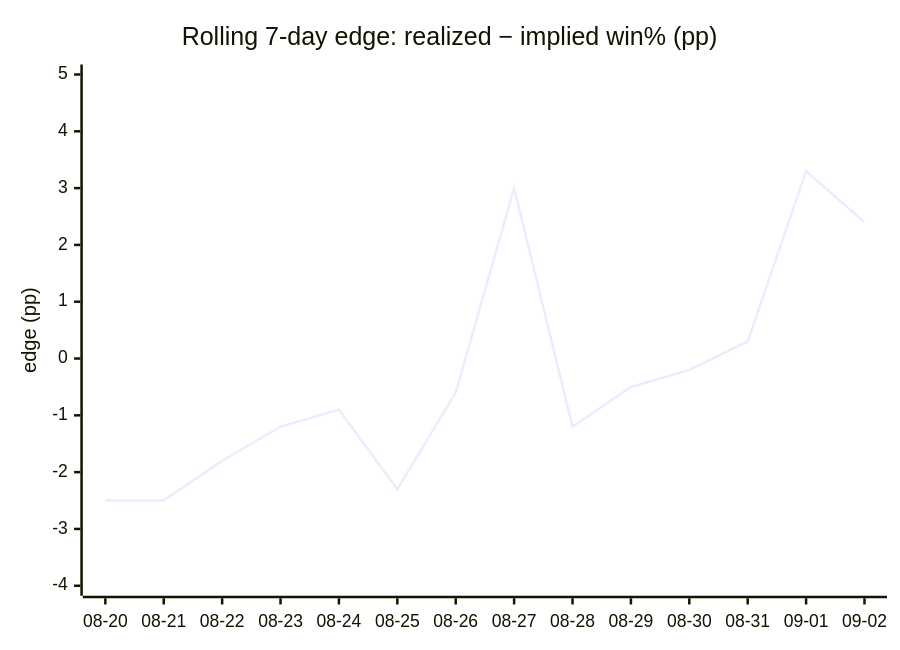
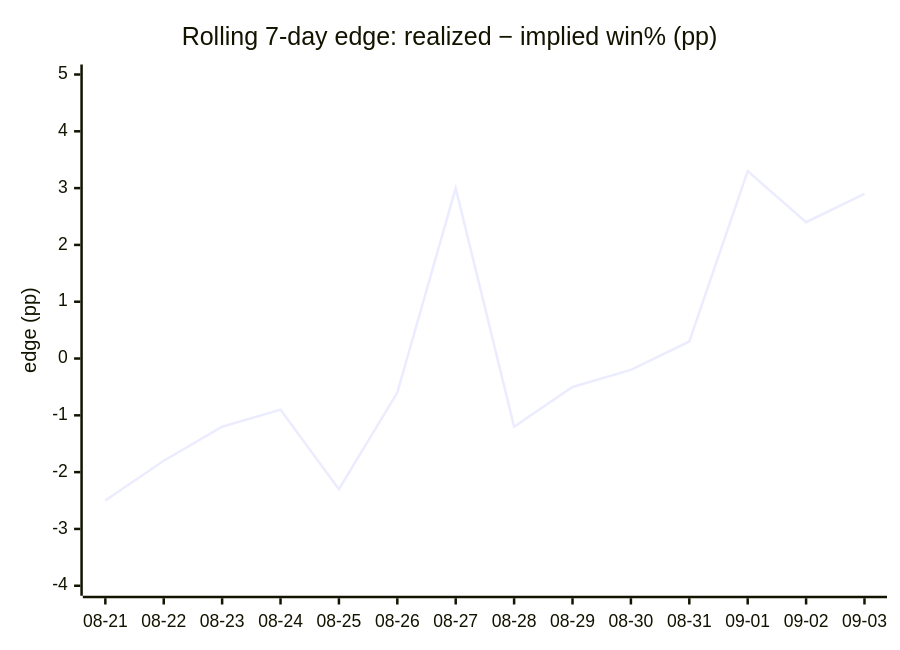
One commit to dpk1212/nhl-savant changed the fourth of 4 diagrams in DAILY_AGSU_REPORT.md. Above: the diagram before and after it, drawn with Mermaid. The commit also changed other lines of this file, not shown here.

````diff
--- a/DAILY_AGSU_REPORT.md
+++ b/DAILY_AGSU_REPORT.md
@@ -859,7 +861,7 @@
 ```mermaid
 xychart-beta
     title "Rolling 7-day edge: realized − implied win% (pp)"
-    x-axis ["08-20", "08-21", "08-22", "08-23", "08-24", "08-25", "08-26", "08-27", "08-28", "08-29", "08-30", "08-31", "09-01", "09-02"]
+    x-axis ["08-21", "08-22", "08-23", "08-24", "08-25", "08-26", "08-27", "08-28", "08-29", "08-30", "08-31", "09-01", "09-02", "09-03"]
     y-axis "edge (pp)" -4 --> 5
-    line [-2.5, -2.5, -1.8, -1.2, -0.9, -2.3, -0.6, 3, -1.2, -0.5, -0.2, 0.3, 3.3, 2.4]
+    line [-2.5, -1.8, -1.2, -0.9, -2.3, -0.6, 3, -1.2, -0.5, -0.2, 0.3, 3.3, 2.4, 2.9]
 ```
````
